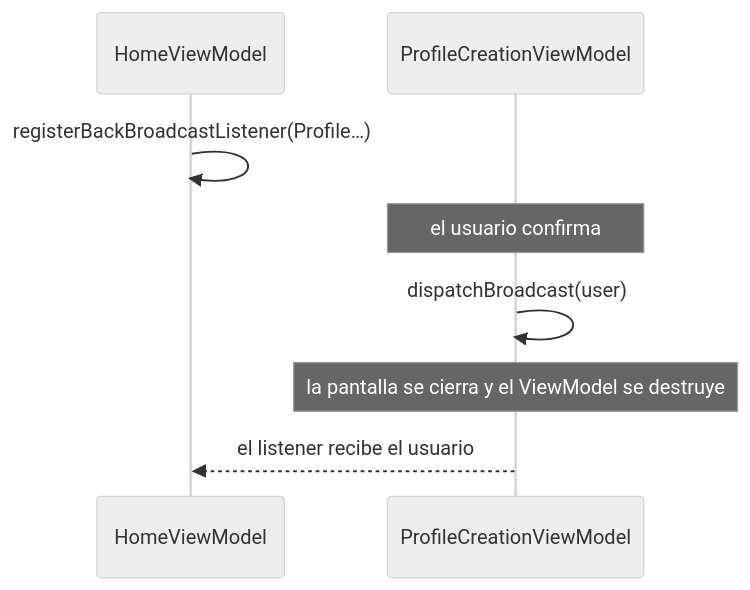
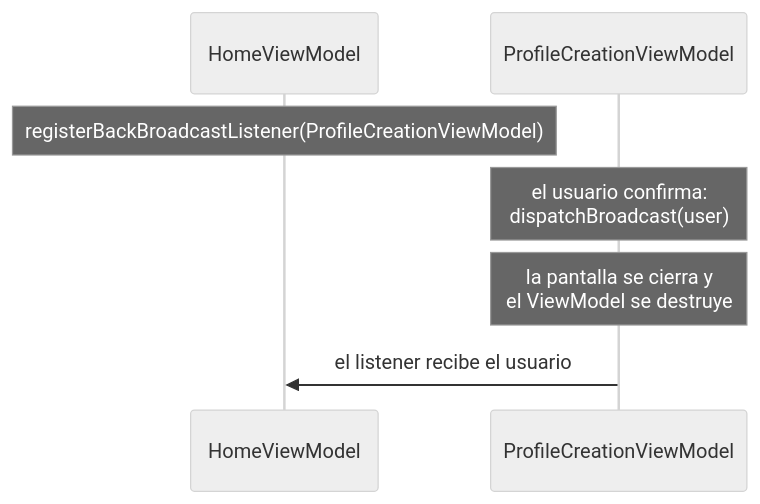
One commit to carmabs/Ema changed the diagram in docs/guides/results-between-screens.es.md. Above: the diagram before and after it, drawn with Mermaid (neutral theme). The commit also changed 11 other files, not shown here.

First line of the commit message:
Redraw the diagrams without crossing arrows

````diff
--- a/docs/guides/results-between-screens.es.md
+++ b/docs/guides/results-between-screens.es.md
@@ -6,10 +6,9 @@
 ```mermaid
 sequenceDiagram
     participant H as HomeViewModel
     participant P as ProfileCreationViewModel
-    H->>H: registerBackBroadcastListener(Profile…)
-    Note over P: el usuario confirma
-    P->>P: dispatchBroadcast(user)
-    Note over P: la pantalla se cierra y el ViewModel se destruye
-    P-->>H: el listener recibe el usuario
+    Note over H: registerBackBroadcastListener(ProfileCreationViewModel)
+    Note over P: el usuario confirma:<br/>dispatchBroadcast(user)
+    Note over P: la pantalla se cierra y<br/>el ViewModel se destruye
+    P->>H: el listener recibe el usuario
 ```
````
